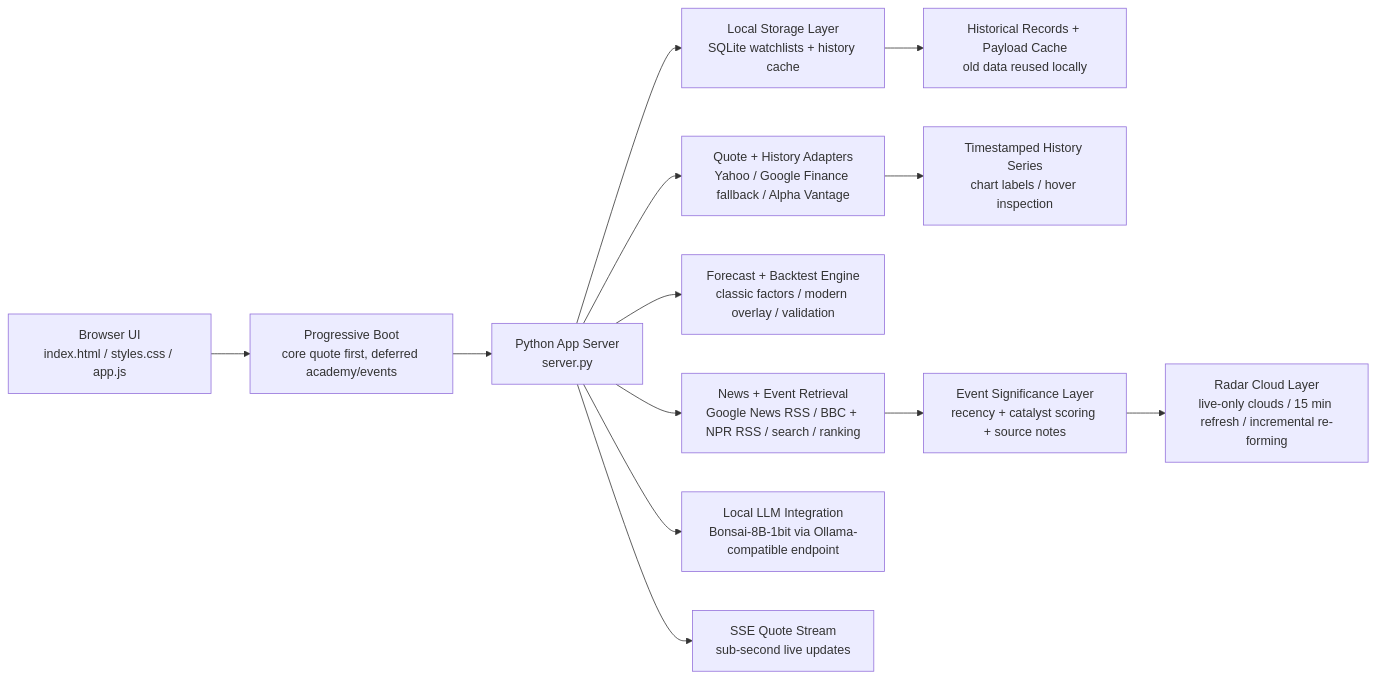
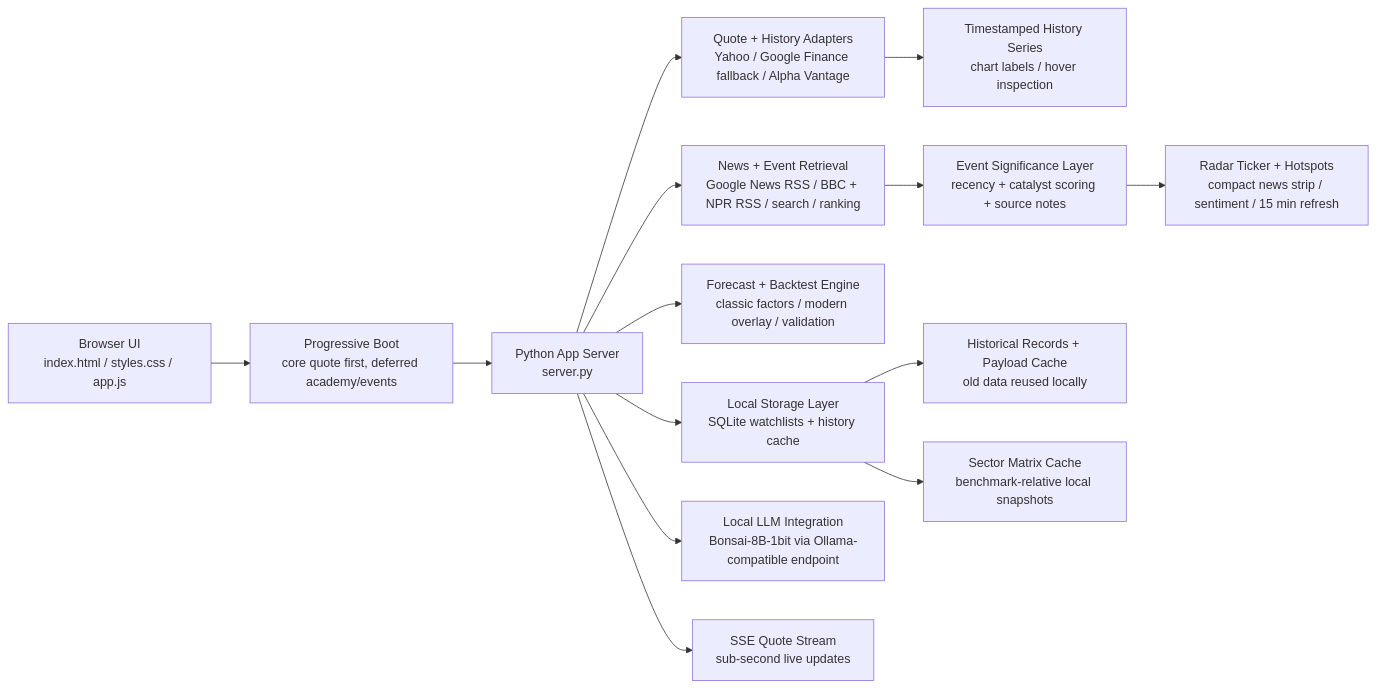
The diagram in README.md (sarsiz/Financial-Market-Dashboard), drawn with Mermaid before and after one commit. The commit also changed other lines of this file and 1 other file, not shown here.

````diff
--- a/README.md
+++ b/README.md
@@ -77,15 +79,16 @@
 ```mermaid
 flowchart LR
   A["Browser UI<br/>index.html / styles.css / app.js"] --> A1["Progressive Boot<br/>core quote first, deferred academy/events"]
   A1 --> B["Python App Server<br/>server.py"]
   B --> C["Quote + History Adapters<br/>Yahoo / Google Finance fallback / Alpha Vantage"]
   B --> D["News + Event Retrieval<br/>Google News RSS / BBC + NPR RSS / search / ranking"]
   B --> E["Forecast + Backtest Engine<br/>classic factors / modern overlay / validation"]
   B --> F["Local Storage Layer<br/>SQLite watchlists + history cache"]
   F --> F1["Historical Records + Payload Cache<br/>old data reused locally"]
   B --> G["Local LLM Integration<br/>Bonsai-8B-1bit via Ollama-compatible endpoint"]
   B --> H["SSE Quote Stream<br/>sub-second live updates"]
   C --> C1["Timestamped History Series<br/>chart labels / hover inspection"]
   D --> D1["Event Significance Layer<br/>recency + catalyst scoring + source notes"]
-  D1 --> D2["Radar Cloud Layer<br/>live-only clouds / 15 min refresh / incremental re-forming"]
+  D1 --> D2["Radar Ticker + Hotspots<br/>compact news strip / sentiment / 15 min refresh"]
+  F --> F2["Sector Matrix Cache<br/>benchmark-relative local snapshots"]
 ```
````
